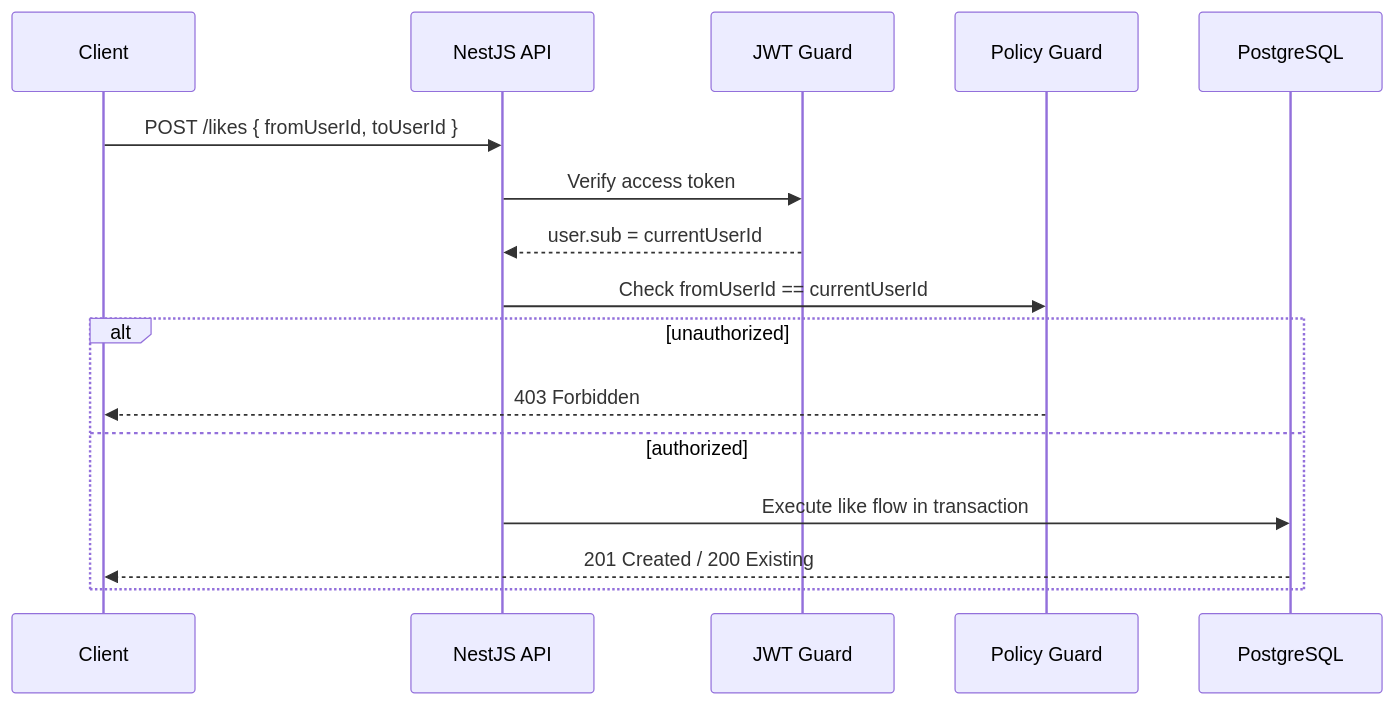
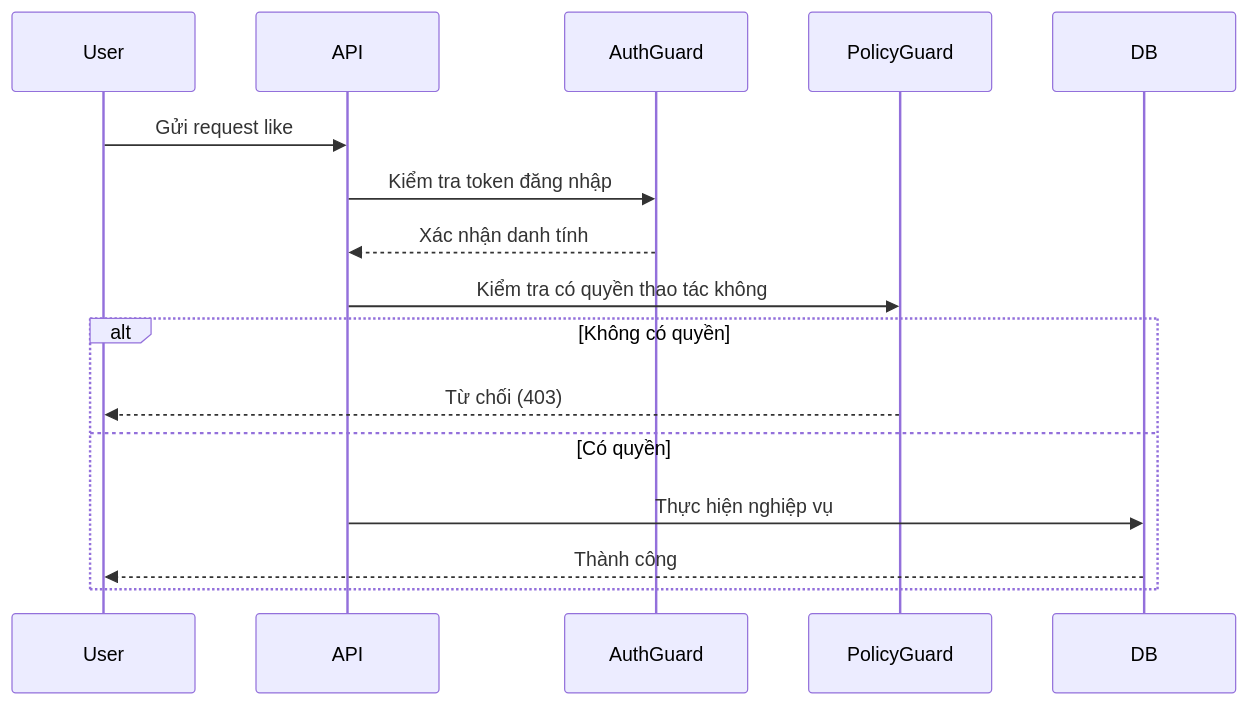
Before and after one commit to panadolextra91/dating-app-mvp: the first of 5 diagrams in ENHANCE.md, drawn with Mermaid. The commit also changed other lines of this file, not shown here.

````diff
--- a/ENHANCE.md
+++ b/ENHANCE.md
@@ -67,19 +56,19 @@
 ```mermaid
 sequenceDiagram
-    participant Client
-    participant API as NestJS API
-    participant Auth as JWT Guard
-    participant Policy as Policy Guard
-    participant DB as PostgreSQL
+    participant User
+    participant API
+    participant AuthGuard
+    participant PolicyGuard
+    participant DB
 
-    Client->>API: POST /likes { fromUserId, toUserId }
-    API->>Auth: Verify access token
-    Auth-->>API: user.sub = currentUserId
-    API->>Policy: Check fromUserId == currentUserId
-    alt unauthorized
-        Policy-->>Client: 403 Forbidden
-    else authorized
-        API->>DB: Execute like flow in transaction
-        DB-->>Client: 201 Created / 200 Existing
+    User->>API: Gửi request like
+    API->>AuthGuard: Kiểm tra token đăng nhập
+    AuthGuard-->>API: Xác nhận danh tính
+    API->>PolicyGuard: Kiểm tra có quyền thao tác không
+    alt Không có quyền
+        PolicyGuard-->>User: Từ chối (403)
+    else Có quyền
+        API->>DB: Thực hiện nghiệp vụ
+        DB-->>User: Thành công
     end
 ```
````
